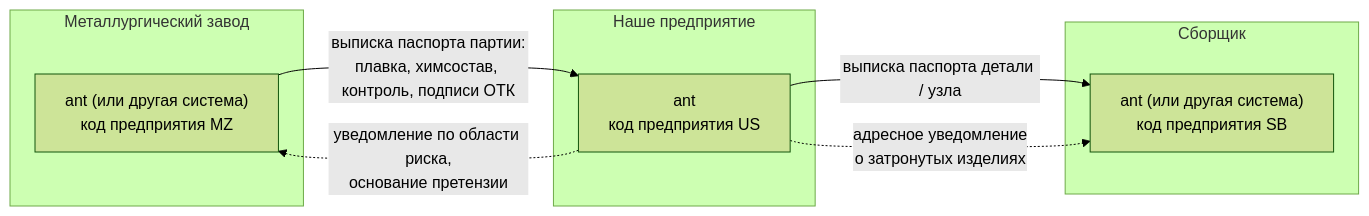
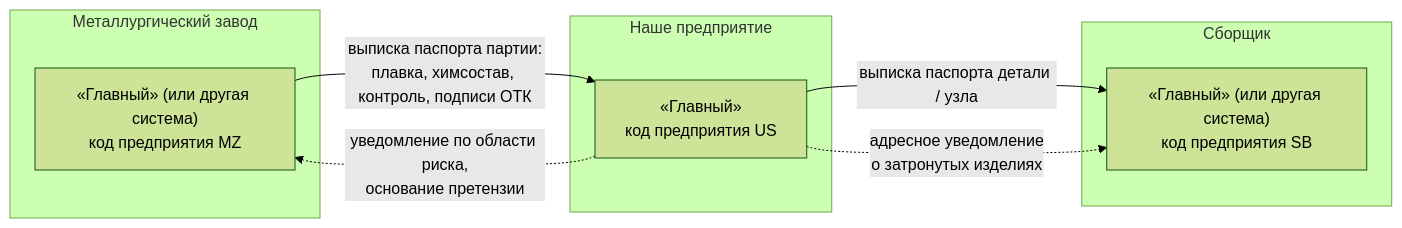
The first of 3 diagrams in docs/federation.md (lehard/cosmos_hack), drawn with Mermaid (forest theme) before and after one commit. The commit also changed other lines of this file and 12 other files, not shown here.

Commit message:
Эпик 47: путеводитель для проверяющих по критериям О1–О9, Т1–Т7; README с запуском и входом; имя «Главный» в документах; ссылки на путеводитель и руководства из docs/README.md и architecture.md

````diff
--- a/docs/federation.md
+++ b/docs/federation.md
@@ -20,16 +20,16 @@
 ```mermaid
 flowchart LR
   subgraph MZ["Металлургический завод"]
-    A1["ant (или другая система)\nкод предприятия MZ"]
+    A1["«Главный» (или другая система)\nкод предприятия MZ"]
   end
   subgraph US["Наше предприятие"]
-    A2["ant\nкод предприятия US"]
+    A2["«Главный»\nкод предприятия US"]
   end
   subgraph SB["Сборщик"]
-    A3["ant (или другая система)\nкод предприятия SB"]
+    A3["«Главный» (или другая система)\nкод предприятия SB"]
   end
   A1 -->|"выписка паспорта партии:\nплавка, химсостав, контроль, подписи ОТК"| A2
   A2 -->|"выписка паспорта детали / узла"| A3
   A2 -.->|"уведомление по области риска,\nоснование претензии"| A1
   A2 -.->|"адресное уведомление\nо затронутых изделиях"| A3
 ```
````
